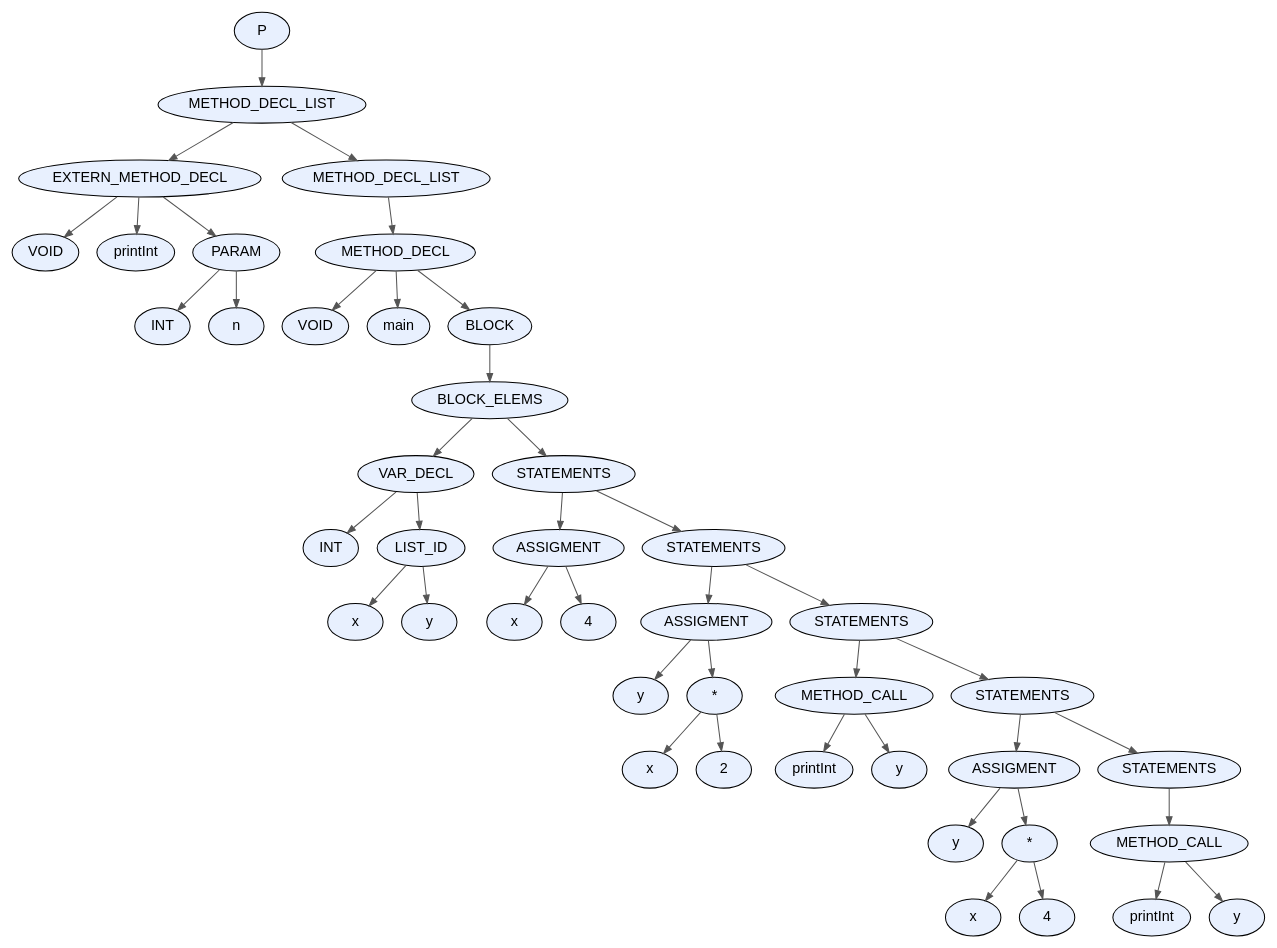
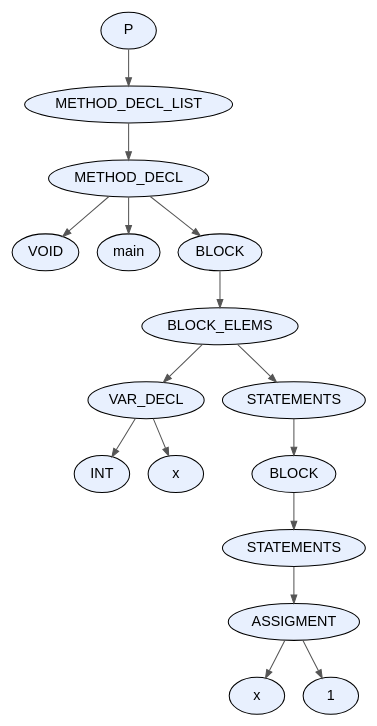
Before and after one commit to facundo-dario-loser/TDS2026: the diagram in proyecto/dot_files/test1.dot, drawn with Graphviz. The commit also changed 31 other files, not shown here.

```diff
--- a/proyecto/dot_files/test1.dot
+++ b/proyecto/dot_files/test1.dot
@@ -1,89 +1,35 @@
 digraph AST {
   node [fontname="Arial"];
   edge [arrowsize=0.8, color="#555555"];
-  "node_0x5abc073f49e0" [label="P", style=filled, fillcolor="#E8F0FE", shape=ellipse, style="rounded,filled"];
-  "node_0x5abc073f49e0" -> "node_0x5abc073f4990";
-  "node_0x5abc073f4990" [label="METHOD_DECL_LIST", style=filled, fillcolor="#E8F0FE", shape=ellipse, style="rounded,filled"];
-  "node_0x5abc073f4990" -> "node_0x5abc073f3b50";
-  "node_0x5abc073f3b50" [label="EXTERN_METHOD_DECL", style=filled, fillcolor="#E8F0FE", shape=ellipse, style="rounded,filled"];
-  "node_0x5abc073f3b50" -> "node_0x5abc073f3a90";
-  "node_0x5abc073f3a90" [label="VOID", style=filled, fillcolor="#E8F0FE", shape=ellipse, style="rounded,filled"];
-  "node_0x5abc073f3b50" -> "node_0x5abc073f3ae0";
-  "node_0x5abc073f3ae0" [label="printInt", style=filled, fillcolor="#E8F0FE", shape=ellipse, style="rounded,filled"];
-  "node_0x5abc073f3b50" -> "node_0x5abc073f3a40";
-  "node_0x5abc073f3a40" [label="PARAM", style=filled, fillcolor="#E8F0FE", shape=ellipse, style="rounded,filled"];
-  "node_0x5abc073f3a40" -> "node_0x5abc073f3960";
-  "node_0x5abc073f3960" [label="INT", style=filled, fillcolor="#E8F0FE", shape=ellipse, style="rounded,filled"];
-  "node_0x5abc073f3a40" -> "node_0x5abc073f39d0";
-  "node_0x5abc073f39d0" [label="n", style=filled, fillcolor="#E8F0FE", shape=ellipse, style="rounded,filled"];
-  "node_0x5abc073f4990" -> "node_0x5abc073f4940";
-  "node_0x5abc073f4940" [label="METHOD_DECL_LIST", style=filled, fillcolor="#E8F0FE", shape=ellipse, style="rounded,filled"];
-  "node_0x5abc073f4940" -> "node_0x5abc073f48f0";
-  "node_0x5abc073f48f0" [label="METHOD_DECL", style=filled, fillcolor="#E8F0FE", shape=ellipse, style="rounded,filled"];
-  "node_0x5abc073f48f0" -> "node_0x5abc073f4830";
-  "node_0x5abc073f4830" [label="VOID", style=filled, fillcolor="#E8F0FE", shape=ellipse, style="rounded,filled"];
-  "node_0x5abc073f48f0" -> "node_0x5abc073f4880";
-  "node_0x5abc073f4880" [label="main", style=filled, fillcolor="#E8F0FE", shape=ellipse, style="rounded,filled"];
-  "node_0x5abc073f48f0" -> "node_0x5abc073f47e0";
-  "node_0x5abc073f47e0" [label="BLOCK", style=filled, fillcolor="#E8F0FE", shape=ellipse, style="rounded,filled"];
-  "node_0x5abc073f47e0" -> "node_0x5abc073f4790";
-  "node_0x5abc073f4790" [label="BLOCK_ELEMS", style=filled, fillcolor="#E8F0FE", shape=ellipse, style="rounded,filled"];
-  "node_0x5abc073f4790" -> "node_0x5abc073f3d80";
-  "node_0x5abc073f3d80" [label="VAR_DECL", style=filled, fillcolor="#E8F0FE", shape=ellipse, style="rounded,filled"];
-  "node_0x5abc073f3d80" -> "node_0x5abc073f3bc0";
-  "node_0x5abc073f3bc0" [label="INT", style=filled, fillcolor="#E8F0FE", shape=ellipse, style="rounded,filled"];
-  "node_0x5abc073f3d80" -> "node_0x5abc073f3d30";
-  "node_0x5abc073f3d30" [label="LIST_ID", style=filled, fillcolor="#E8F0FE", shape=ellipse, style="rounded,filled"];
-  "node_0x5abc073f3d30" -> "node_0x5abc073f3cc0";
-  "node_0x5abc073f3cc0" [label="x", style=filled, fillcolor="#E8F0FE", shape=ellipse, style="rounded,filled"];
-  "node_0x5abc073f3d30" -> "node_0x5abc073f3c50";
-  "node_0x5abc073f3c50" [label="y", style=filled, fillcolor="#E8F0FE", shape=ellipse, style="rounded,filled"];
-  "node_0x5abc073f4790" -> "node_0x5abc073f4740";
-  "node_0x5abc073f4740" [label="STATEMENTS", style=filled, fillcolor="#E8F0FE", shape=ellipse, style="rounded,filled"];
-  "node_0x5abc073f4740" -> "node_0x5abc073f3eb0";
-  "node_0x5abc073f3eb0" [label="ASSIGMENT", style=filled, fillcolor="#E8F0FE", shape=ellipse, style="rounded,filled"];
-  "node_0x5abc073f3eb0" -> "node_0x5abc073f3e40";
-  "node_0x5abc073f3e40" [label="x", style=filled, fillcolor="#E8F0FE", shape=ellipse, style="rounded,filled"];
-  "node_0x5abc073f3eb0" -> "node_0x5abc073f3df0";
-  "node_0x5abc073f3df0" [label="4", style=filled, fillcolor="#E8F0FE", shape=ellipse, style="rounded,filled"];
-  "node_0x5abc073f4740" -> "node_0x5abc073f46f0";
-  "node_0x5abc073f46f0" [label="STATEMENTS", style=filled, fillcolor="#E8F0FE", shape=ellipse, style="rounded,filled"];
-  "node_0x5abc073f46f0" -> "node_0x5abc073f40c0";
-  "node_0x5abc073f40c0" [label="ASSIGMENT", style=filled, fillcolor="#E8F0FE", shape=ellipse, style="rounded,filled"];
-  "node_0x5abc073f40c0" -> "node_0x5abc073f4050";
-  "node_0x5abc073f4050" [label="y", style=filled, fillcolor="#E8F0FE", shape=ellipse, style="rounded,filled"];
-  "node_0x5abc073f40c0" -> "node_0x5abc073f4000";
-  "node_0x5abc073f4000" [label="*", style=filled, fillcolor="#E8F0FE", shape=ellipse, style="rounded,filled"];
-  "node_0x5abc073f4000" -> "node_0x5abc073f3f40";
-  "node_0x5abc073f3f40" [label="x", style=filled, fillcolor="#E8F0FE", shape=ellipse, style="rounded,filled"];
-  "node_0x5abc073f4000" -> "node_0x5abc073f3fb0";
-  "node_0x5abc073f3fb0" [label="2", style=filled, fillcolor="#E8F0FE", shape=ellipse, style="rounded,filled"];
-  "node_0x5abc073f46f0" -> "node_0x5abc073f46a0";
-  "node_0x5abc073f46a0" [label="STATEMENTS", style=filled, fillcolor="#E8F0FE", shape=ellipse, style="rounded,filled"];
-  "node_0x5abc073f46a0" -> "node_0x5abc073f4230";
-  "node_0x5abc073f4230" [label="METHOD_CALL", style=filled, fillcolor="#E8F0FE", shape=ellipse, style="rounded,filled"];
-  "node_0x5abc073f4230" -> "node_0x5abc073f41c0";
-  "node_0x5abc073f41c0" [label="printInt", style=filled, fillcolor="#E8F0FE", shape=ellipse, style="rounded,filled"];
-  "node_0x5abc073f4230" -> "node_0x5abc073f4150";
-  "node_0x5abc073f4150" [label="y", style=filled, fillcolor="#E8F0FE", shape=ellipse, style="rounded,filled"];
-  "node_0x5abc073f46a0" -> "node_0x5abc073f4650";
-  "node_0x5abc073f4650" [label="STATEMENTS", style=filled, fillcolor="#E8F0FE", shape=ellipse, style="rounded,filled"];
-  "node_0x5abc073f4650" -> "node_0x5abc073f4440";
-  "node_0x5abc073f4440" [label="ASSIGMENT", style=filled, fillcolor="#E8F0FE", shape=ellipse, style="rounded,filled"];
-  "node_0x5abc073f4440" -> "node_0x5abc073f43d0";
-  "node_0x5abc073f43d0" [label="y", style=filled, fillcolor="#E8F0FE", shape=ellipse, style="rounded,filled"];
-  "node_0x5abc073f4440" -> "node_0x5abc073f4380";
-  "node_0x5abc073f4380" [label="*", style=filled, fillcolor="#E8F0FE", shape=ellipse, style="rounded,filled"];
-  "node_0x5abc073f4380" -> "node_0x5abc073f42c0";
-  "node_0x5abc073f42c0" [label="x", style=filled, fillcolor="#E8F0FE", shape=ellipse, style="rounded,filled"];
-  "node_0x5abc073f4380" -> "node_0x5abc073f4330";
-  "node_0x5abc073f4330" [label="4", style=filled, fillcolor="#E8F0FE", shape=ellipse, style="rounded,filled"];
-  "node_0x5abc073f4650" -> "node_0x5abc073f4600";
-  "node_0x5abc073f4600" [label="STATEMENTS", style=filled, fillcolor="#E8F0FE", shape=ellipse, style="rounded,filled"];
-  "node_0x5abc073f4600" -> "node_0x5abc073f45b0";
-  "node_0x5abc073f45b0" [label="METHOD_CALL", style=filled, fillcolor="#E8F0FE", shape=ellipse, style="rounded,filled"];
-  "node_0x5abc073f45b0" -> "node_0x5abc073f4540";
-  "node_0x5abc073f4540" [label="printInt", style=filled, fillcolor="#E8F0FE", shape=ellipse, style="rounded,filled"];
-  "node_0x5abc073f45b0" -> "node_0x5abc073f44d0";
-  "node_0x5abc073f44d0" [label="y", style=filled, fillcolor="#E8F0FE", shape=ellipse, style="rounded,filled"];
+  "node_0x5ef4c1ab7d10" [label="P", style=filled, fillcolor="#E8F0FE", shape=ellipse, style="rounded,filled"];
+  "node_0x5ef4c1ab7d10" -> "node_0x5ef4c1ab7cc0";
+  "node_0x5ef4c1ab7cc0" [label="METHOD_DECL_LIST", style=filled, fillcolor="#E8F0FE", shape=ellipse, style="rounded,filled"];
+  "node_0x5ef4c1ab7cc0" -> "node_0x5ef4c1ab7c70";
+  "node_0x5ef4c1ab7c70" [label="METHOD_DECL", style=filled, fillcolor="#E8F0FE", shape=ellipse, style="rounded,filled"];
+  "node_0x5ef4c1ab7c70" -> "node_0x5ef4c1ab7bb0";
+  "node_0x5ef4c1ab7bb0" [label="VOID", style=filled, fillcolor="#E8F0FE", shape=ellipse, style="rounded,filled"];
+  "node_0x5ef4c1ab7c70" -> "node_0x5ef4c1ab7c00";
+  "node_0x5ef4c1ab7c00" [label="main", style=filled, fillcolor="#E8F0FE", shape=ellipse, style="rounded,filled"];
+  "node_0x5ef4c1ab7c70" -> "node_0x5ef4c1ab7b60";
+  "node_0x5ef4c1ab7b60" [label="BLOCK", style=filled, fillcolor="#E8F0FE", shape=ellipse, style="rounded,filled"];
+  "node_0x5ef4c1ab7b60" -> "node_0x5ef4c1ab7b10";
+  "node_0x5ef4c1ab7b10" [label="BLOCK_ELEMS", style=filled, fillcolor="#E8F0FE", shape=ellipse, style="rounded,filled"];
+  "node_0x5ef4c1ab7b10" -> "node_0x5ef4c1ab7630";
+  "node_0x5ef4c1ab7630" [label="VAR_DECL", style=filled, fillcolor="#E8F0FE", shape=ellipse, style="rounded,filled"];
+  "node_0x5ef4c1ab7630" -> "node_0x5ef4c1ab7550";
+  "node_0x5ef4c1ab7550" [label="INT", style=filled, fillcolor="#E8F0FE", shape=ellipse, style="rounded,filled"];
+  "node_0x5ef4c1ab7630" -> "node_0x5ef4c1ab75c0";
+  "node_0x5ef4c1ab75c0" [label="x", style=filled, fillcolor="#E8F0FE", shape=ellipse, style="rounded,filled"];
+  "node_0x5ef4c1ab7b10" -> "node_0x5ef4c1ab7ac0";
+  "node_0x5ef4c1ab7ac0" [label="STATEMENTS", style=filled, fillcolor="#E8F0FE", shape=ellipse, style="rounded,filled"];
+  "node_0x5ef4c1ab7ac0" -> "node_0x5ef4c1ab7850";
+  "node_0x5ef4c1ab7850" [label="BLOCK", style=filled, fillcolor="#E8F0FE", shape=ellipse, style="rounded,filled"];
+  "node_0x5ef4c1ab7850" -> "node_0x5ef4c1ab7800";
+  "node_0x5ef4c1ab7800" [label="STATEMENTS", style=filled, fillcolor="#E8F0FE", shape=ellipse, style="rounded,filled"];
+  "node_0x5ef4c1ab7800" -> "node_0x5ef4c1ab77b0";
+  "node_0x5ef4c1ab77b0" [label="ASSIGMENT", style=filled, fillcolor="#E8F0FE", shape=ellipse, style="rounded,filled"];
+  "node_0x5ef4c1ab77b0" -> "node_0x5ef4c1ab7740";
+  "node_0x5ef4c1ab7740" [label="x", style=filled, fillcolor="#E8F0FE", shape=ellipse, style="rounded,filled"];
+  "node_0x5ef4c1ab77b0" -> "node_0x5ef4c1ab76f0";
+  "node_0x5ef4c1ab76f0" [label="1", style=filled, fillcolor="#E8F0FE", shape=ellipse, style="rounded,filled"];
 }
```
